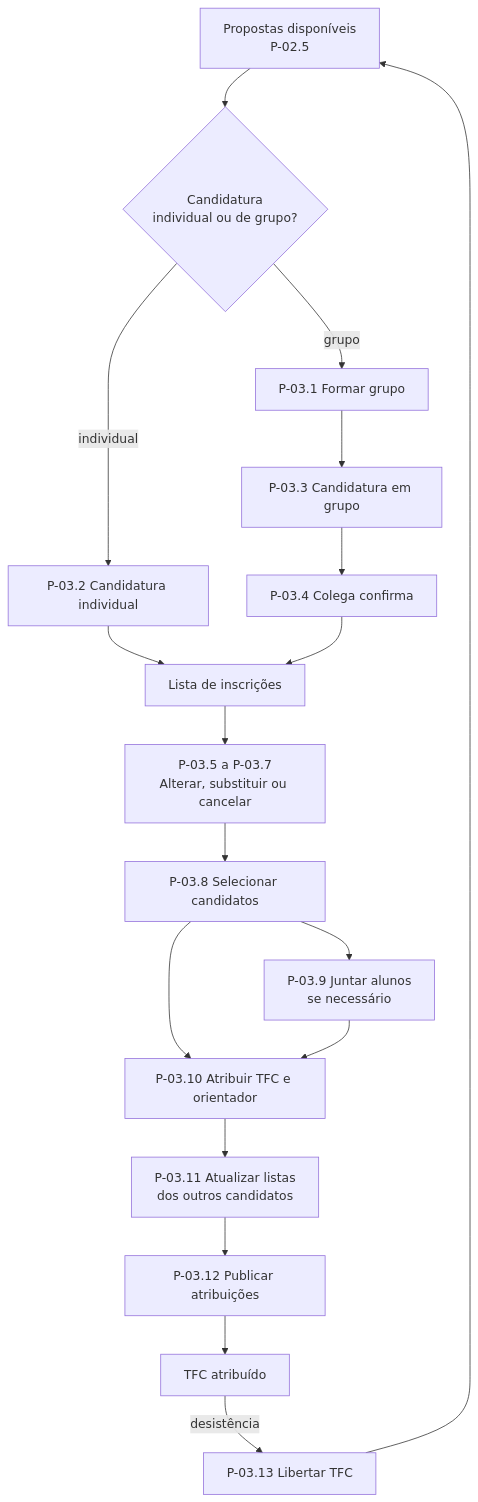
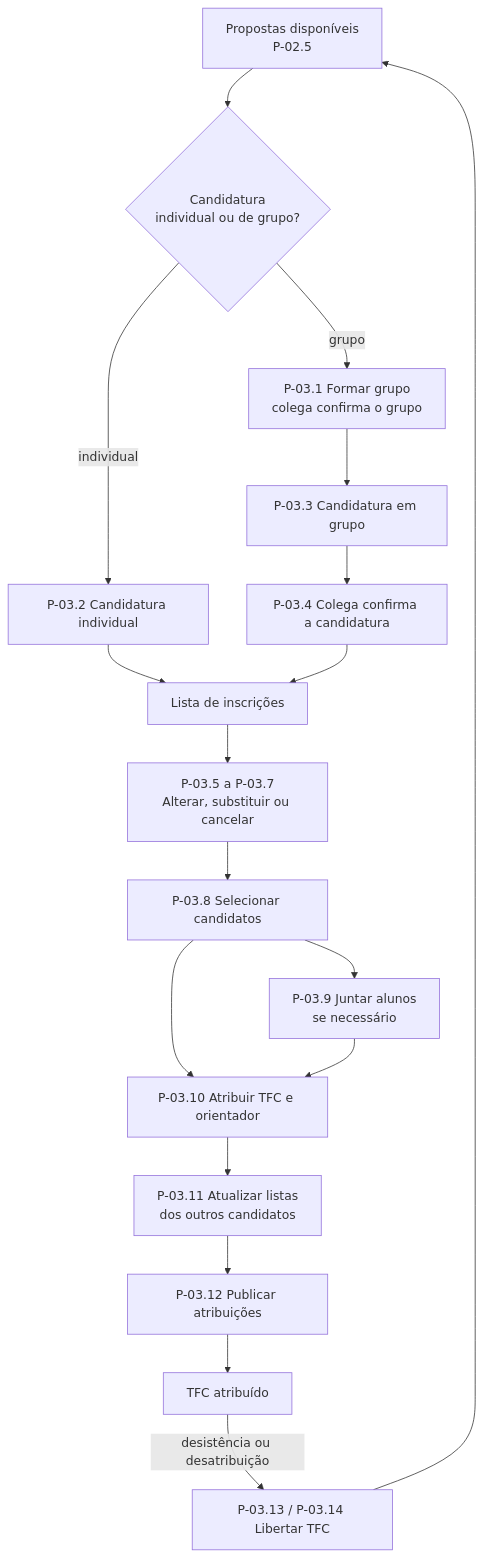
Before and after one commit to ULHT-TFC-new/tfc-reporting-DEISI2256: the third of 9 diagrams in processos.md, drawn with Mermaid. The commit also changed other lines of this file, not shown here.

````diff
--- a/processos.md
+++ b/processos.md
@@ -195,20 +300,20 @@
 ```mermaid
 flowchart TD
     A[Propostas disponíveis<br/>P-02.5] --> B{Candidatura<br/>individual ou de grupo?}
     B -->|individual| C[P-03.2 Candidatura individual]
-    B -->|grupo| D[P-03.1 Formar grupo]
+    B -->|grupo| D[P-03.1 Formar grupo<br/>colega confirma o grupo]
     D --> E[P-03.3 Candidatura em grupo]
-    E --> F[P-03.4 Colega confirma]
+    E --> F[P-03.4 Colega confirma a candidatura]
     C --> G[Lista de inscrições]
     F --> G
     G --> H[P-03.5 a P-03.7<br/>Alterar, substituir ou cancelar]
     H --> I[P-03.8 Selecionar candidatos]
     I --> J[P-03.9 Juntar alunos<br/>se necessário]
     I --> K[P-03.10 Atribuir TFC e orientador]
     J --> K
     K --> L[P-03.11 Atualizar listas<br/>dos outros candidatos]
     L --> M[P-03.12 Publicar atribuições]
     M --> N[TFC atribuído]
-    N -->|desistência| O[P-03.13 Libertar TFC]
+    N -->|desistência ou desatribuição| O[P-03.13 / P-03.14 Libertar TFC]
     O --> A
 ```
````
